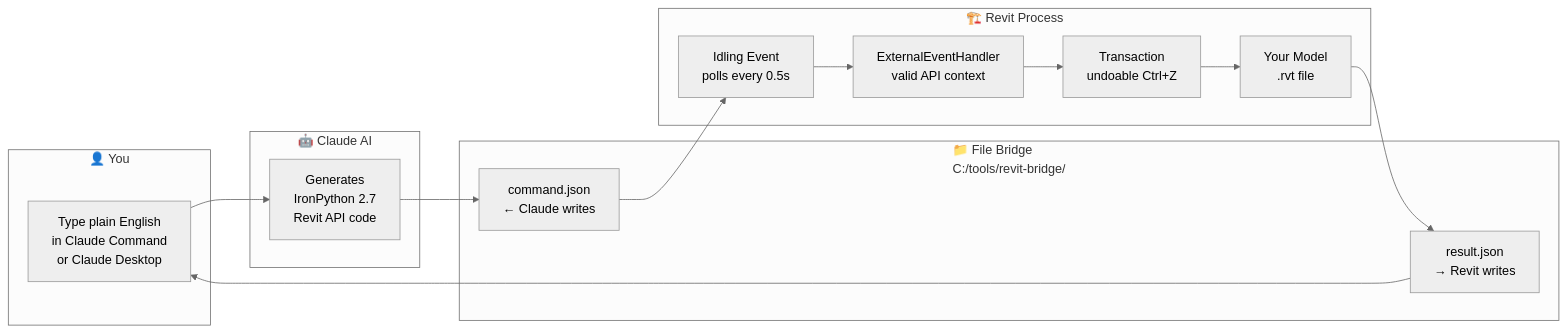
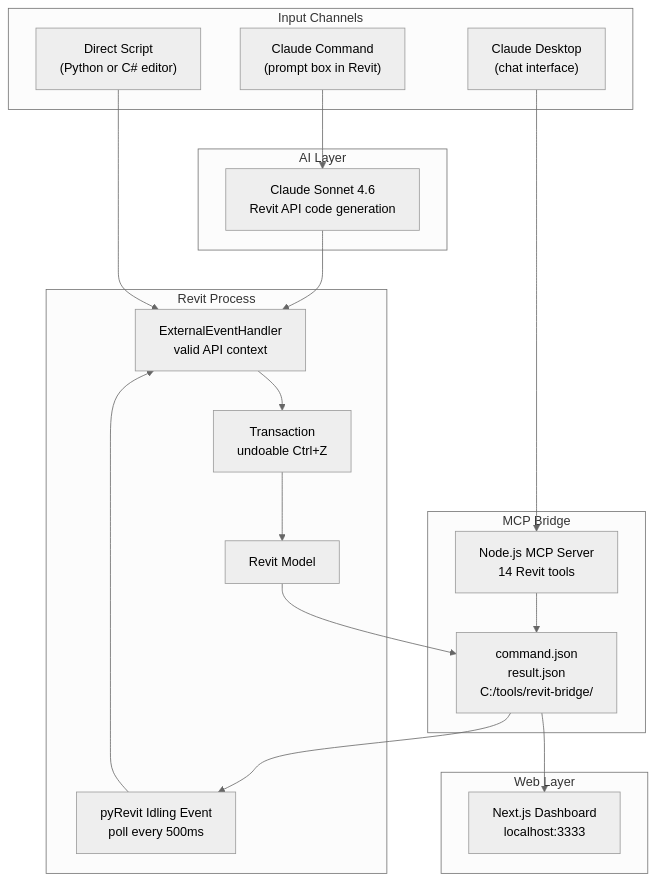
One commit to PrasannaChaurasia/clauderevit changed the second of 3 diagrams in README.md. Above: the diagram before and after it, drawn with Mermaid (neutral theme). The commit also changed other lines of this file and 16 other files, not shown here.

````diff
--- a/README.md
+++ b/README.md
@@ -55,24 +107,34 @@
 ```mermaid
-flowchart LR
-    subgraph YOU["👤 You"]
-        A["Type plain English\nin Claude Command\nor Claude Desktop"]
+flowchart TD
+    subgraph INPUT["Input Channels"]
+        A["Claude Command\n(prompt box in Revit)"]
+        B["Claude Desktop\n(chat interface)"]
+        C["Direct Script\n(Python or C# editor)"]
     end
 
-    subgraph AI["🤖 Claude AI"]
-        B["Generates\nIronPython 2.7\nRevit API code"]
+    subgraph AI["AI Layer"]
+        D["Claude Sonnet 4.6\nRevit API code generation"]
     end
 
-    subgraph BRIDGE["📁 File Bridge\nC:/tools/revit-bridge/"]
-        C["command.json\n← Claude writes"]
-        D["result.json\n→ Revit writes"]
+    subgraph MCP["MCP Bridge"]
+        E["Node.js MCP Server\n14 Revit tools"]
+        F["command.json\nresult.json\nC:/tools/revit-bridge/"]
     end
 
-    subgraph REVIT["🏗️ Revit Process"]
-        E["Idling Event\npolls every 0.5s"]
-        F["ExternalEventHandler\nvalid API context"]
-        G["Transaction\nundoable Ctrl+Z"]
-        H["Your Model\n.rvt file"]
+    subgraph REVIT["Revit Process"]
+        G["pyRevit Idling Event\npoll every 500ms"]
+        H["ExternalEventHandler\nvalid API context"]
+        I["Transaction\nundoable Ctrl+Z"]
+        J["Revit Model"]
     end
 
-    A --> B --> C --> E --> F --> G --> H --> D --> A
+    subgraph DASH["Web Layer"]
+        K["Next.js Dashboard\nlocalhost:3333"]
+    end
+
+    A --> D --> H
+    B --> E --> F --> G --> H
+    C --> H
+    H --> I --> J
+    J --> F --> K
 ```
````
